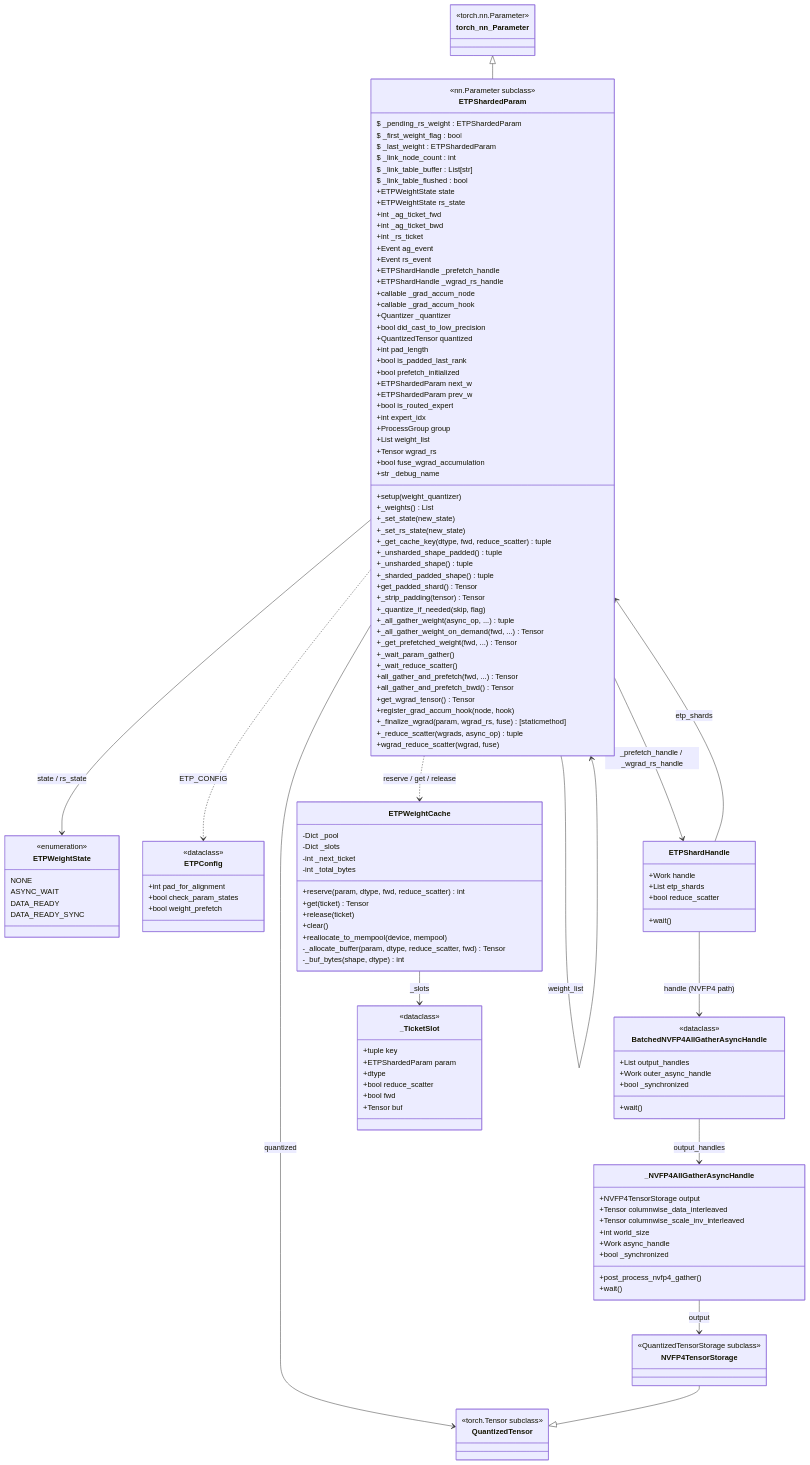
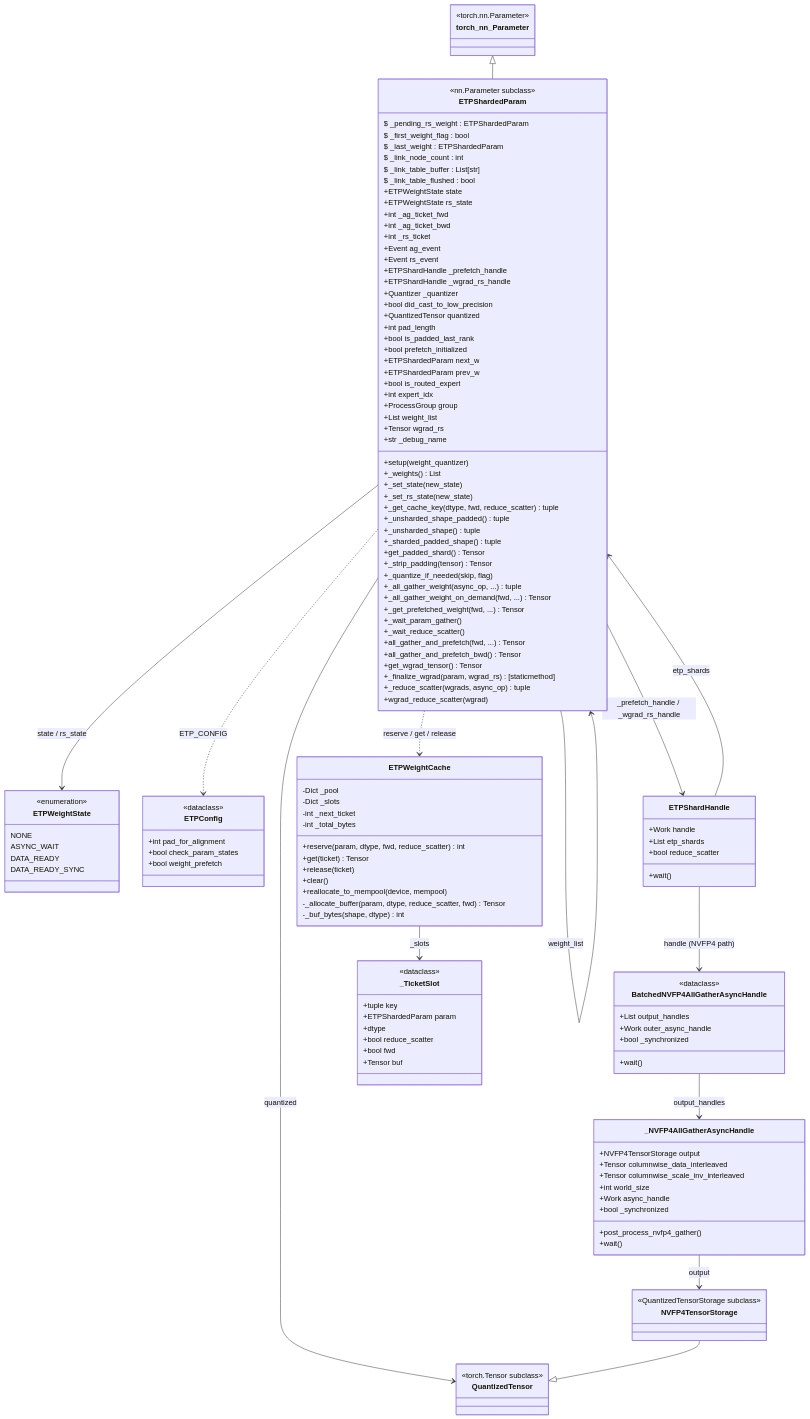
The diagram in docs/README_ETP.md (NVIDIA/TransformerEngine), drawn with Mermaid before and after one commit. The commit also changed other lines of this file and 1 other file, not shown here.

```diff
--- a/docs/README_ETP.md
+++ b/docs/README_ETP.md
@@ -204,8 +206,6 @@
         +Event rs_event
         +ETPShardHandle _prefetch_handle
         +ETPShardHandle _wgrad_rs_handle
-        +callable _grad_accum_node
-        +callable _grad_accum_hook
         +Quantizer _quantizer
         +bool did_cast_to_low_precision
         +QuantizedTensor quantized
@@ -219,7 +219,6 @@
         +ProcessGroup group
         +List weight_list
         +Tensor wgrad_rs
-        +bool fuse_wgrad_accumulation
         +str _debug_name
         +setup(weight_quantizer)
         +_weights() List
@@ -240,10 +239,9 @@
         +all_gather_and_prefetch(fwd, ...) Tensor
         +all_gather_and_prefetch_bwd() Tensor
         +get_wgrad_tensor() Tensor
-        +register_grad_accum_hook(node, hook)
-        +_finalize_wgrad(param, wgrad_rs, fuse) [staticmethod]
+        +_finalize_wgrad(param, wgrad_rs) [staticmethod]
         +_reduce_scatter(wgrads, async_op) tuple
-        +wgrad_reduce_scatter(wgrad, fuse)
+        +wgrad_reduce_scatter(wgrad)
     }
 
     %% ── Async all-gather handles ─────────────────────────────────────────────
```
